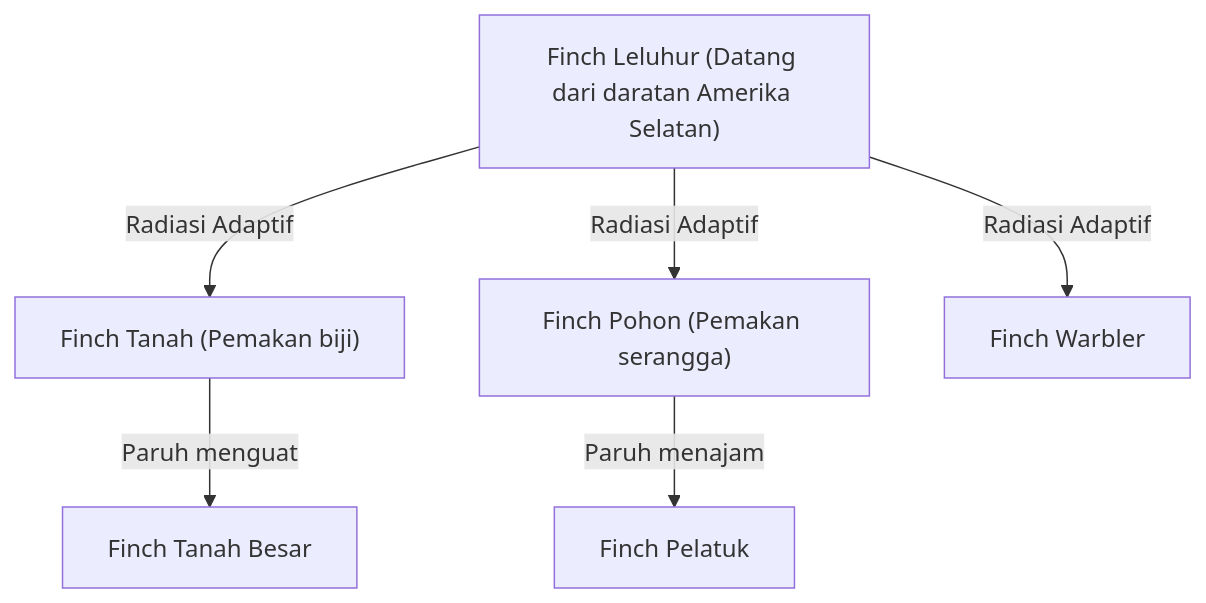
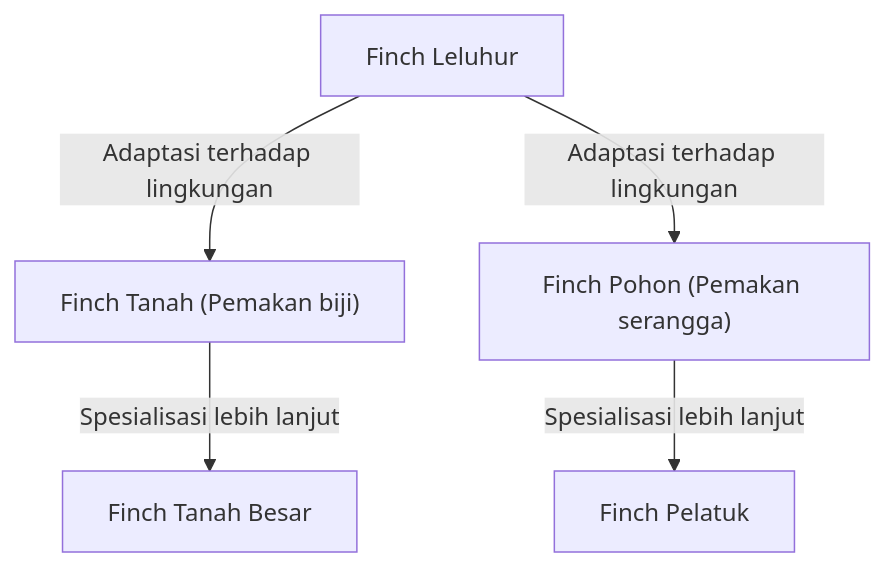
Before and after one commit to kenjinote/blog: the diagram in content/post/darwins-theory-of-evolution/index.id.md, drawn with Mermaid. The commit also changed other lines of this file and 129 other files, not shown here.

````diff
--- a/content/post/darwins-theory-of-evolution/index.id.md
+++ b/content/post/darwins-theory-of-evolution/index.id.md
@@ -25,9 +27,7 @@
 ```mermaid
 graph TD
-    A["Finch Leluhur (Datang dari daratan Amerika Selatan)"]
-    A -- "Radiasi Adaptif" --> B["Finch Tanah (Pemakan biji)"]
-    A -- "Radiasi Adaptif" --> C["Finch Pohon (Pemakan serangga)"]
-    A -- "Radiasi Adaptif" --> D["Finch Warbler"]
-    B -- "Paruh menguat" --> B1["Finch Tanah Besar"]
-    C -- "Paruh menajam" --> C1["Finch Pelatuk"]
+    A["Finch Leluhur"] -- "Adaptasi terhadap lingkungan" --> B["Finch Tanah (Pemakan biji)"]
+    A["Finch Leluhur"] -- "Adaptasi terhadap lingkungan" --> C["Finch Pohon (Pemakan serangga)"]
+    B["Finch Tanah (Pemakan biji)"] -- "Spesialisasi lebih lanjut" --> D["Finch Tanah Besar"]
+    C["Finch Pohon (Pemakan serangga)"] -- "Spesialisasi lebih lanjut" --> E["Finch Pelatuk"]
 ```
````
